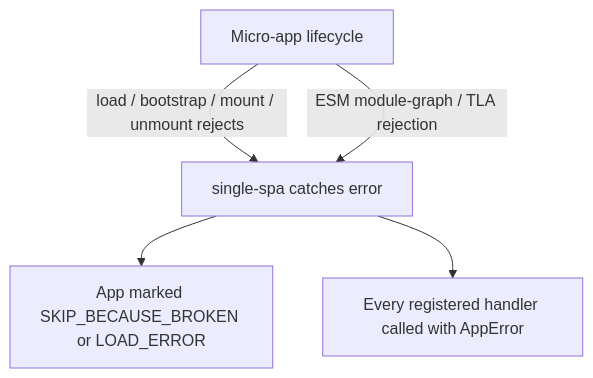
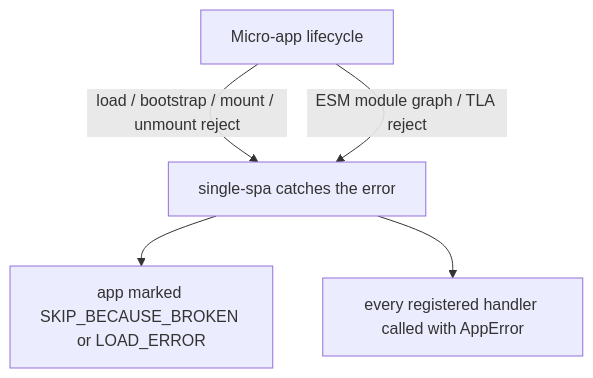
The diagram in docs/api/error-handling.md (umijs/qiankun), drawn with Mermaid before and after one commit. The commit also changed other lines of this file and 63 other files, not shown here.

````diff
--- a/docs/api/error-handling.md
+++ b/docs/api/error-handling.md
@@ -40,7 +40,7 @@
 ```mermaid
 flowchart TD
-  A[Micro-app lifecycle] -->|load / bootstrap / mount / unmount rejects| B[single-spa catches error]
-  A -->|ESM module-graph / TLA rejection| B
-  B --> C[App marked SKIP_BECAUSE_BROKEN or LOAD_ERROR]
-  B --> D[Every registered handler called with AppError]
+  A[Micro-app lifecycle] -->|load / bootstrap / mount / unmount reject| B[single-spa catches the error]
+  A -->|ESM module graph / TLA reject| B
+  B --> C[app marked SKIP_BECAUSE_BROKEN or LOAD_ERROR]
+  B --> D[every registered handler called with AppError]
 ```
````
